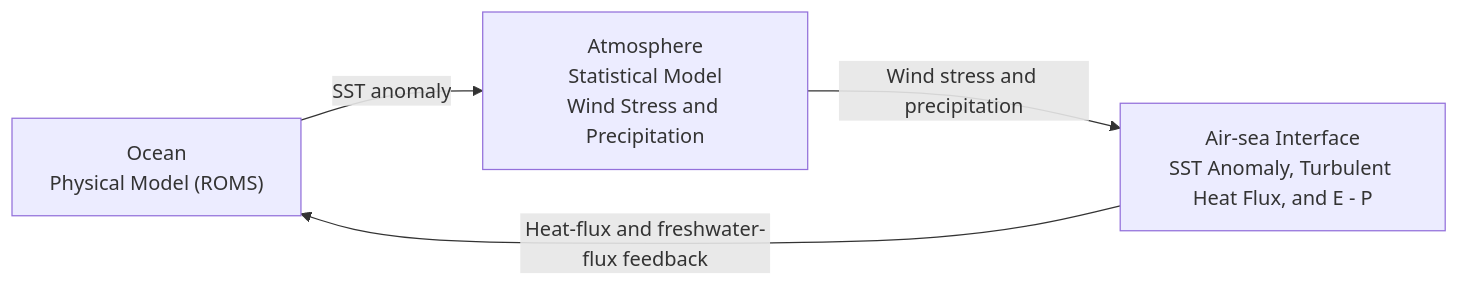
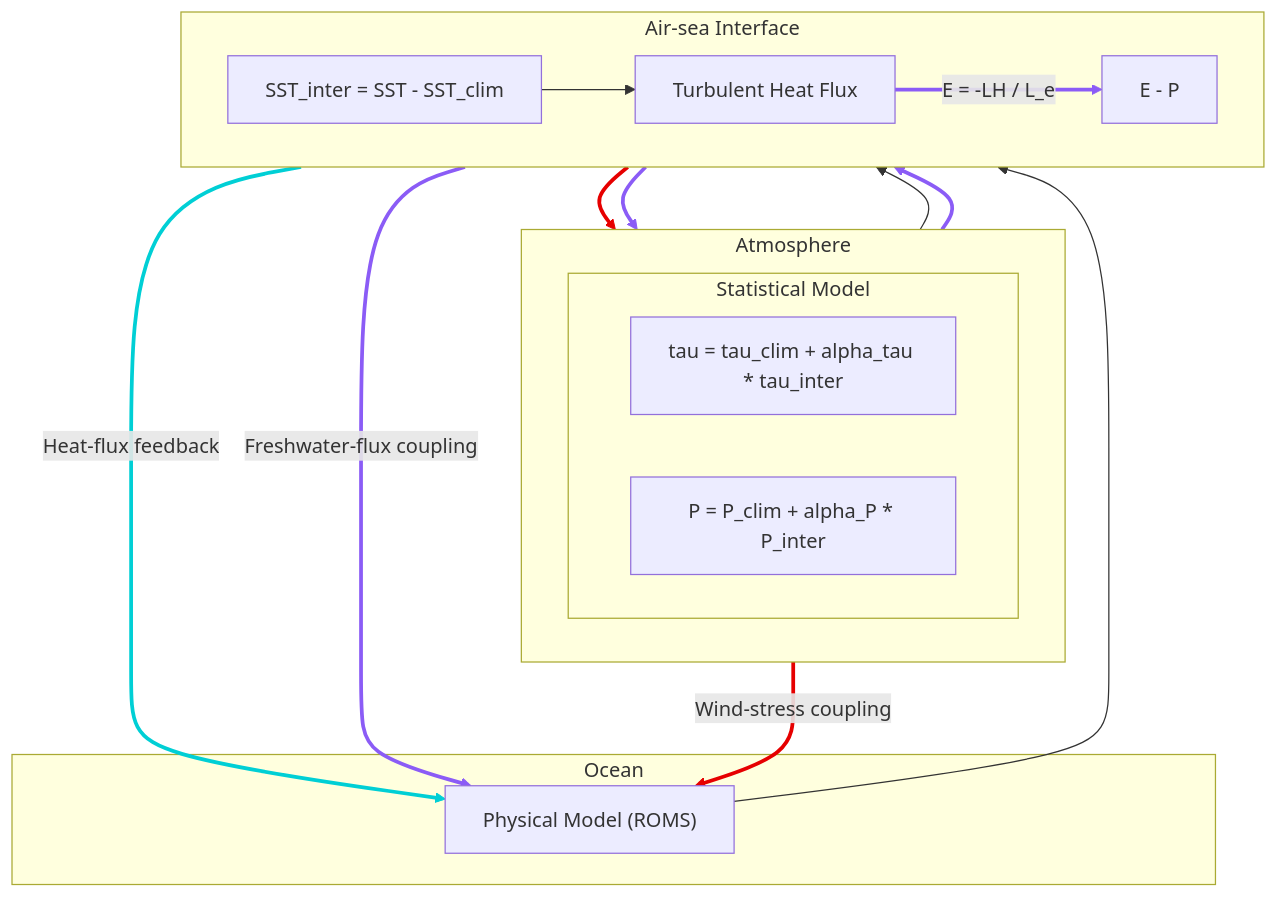
The diagram in README.md (yangyu-climate/HCM_ROMS), drawn with Mermaid before and after one commit.

Commit message:
Restore vertical README architecture diagram

````diff
--- a/README.md
+++ b/README.md
@@ -19,10 +19,37 @@
 ```mermaid
-flowchart LR
-    OCEAN["Ocean<br/>Physical Model (ROMS)"]
-    ATM["Atmosphere<br/>Statistical Model<br/>Wind Stress and Precipitation"]
-    ASI["Air-sea Interface<br/>SST Anomaly, Turbulent Heat Flux, and E - P"]
+flowchart TB
+    subgraph ATM["Atmosphere"]
+        direction LR
+        subgraph STAT["Statistical Model"]
+            direction LR
+            TAU["tau = tau_clim + alpha_tau * tau_inter"]
+            PRECIP["P = P_clim + alpha_P * P_inter"]
+        end
+    end
 
-    OCEAN -->|"SST anomaly"| ATM
-    ATM -->|"Wind stress and precipitation"| ASI
-    ASI -->|"Heat-flux and freshwater-flux feedback"| OCEAN
+    subgraph ASI["Air-sea Interface"]
+        direction LR
+        BULK["Turbulent Heat Flux"]
+        SST["SST_inter = SST - SST_clim"]
+        EMP["E - P"]
+    end
+
+    subgraph OCEAN["Ocean"]
+        ROMS["Physical Model (ROMS)"]
+    end
+
+    ROMS --> SST
+    SST --> TAU
+    TAU -->|"Wind-stress coupling"| ROMS
+    TAU --> BULK
+    SST --> BULK
+    BULK -->|"Heat-flux feedback"| ROMS
+    BULK -->|"E = -LH / L_e"| EMP
+    SST --> PRECIP
+    PRECIP --> EMP
+    EMP -->|"Freshwater-flux coupling"| ROMS
+
+    linkStyle 1,2 stroke:#e60000,stroke-width:3px
+    linkStyle 5 stroke:#00cfd5,stroke-width:3px
+    linkStyle 6,7,8,9 stroke:#8b5cf6,stroke-width:3px
 ```
````
